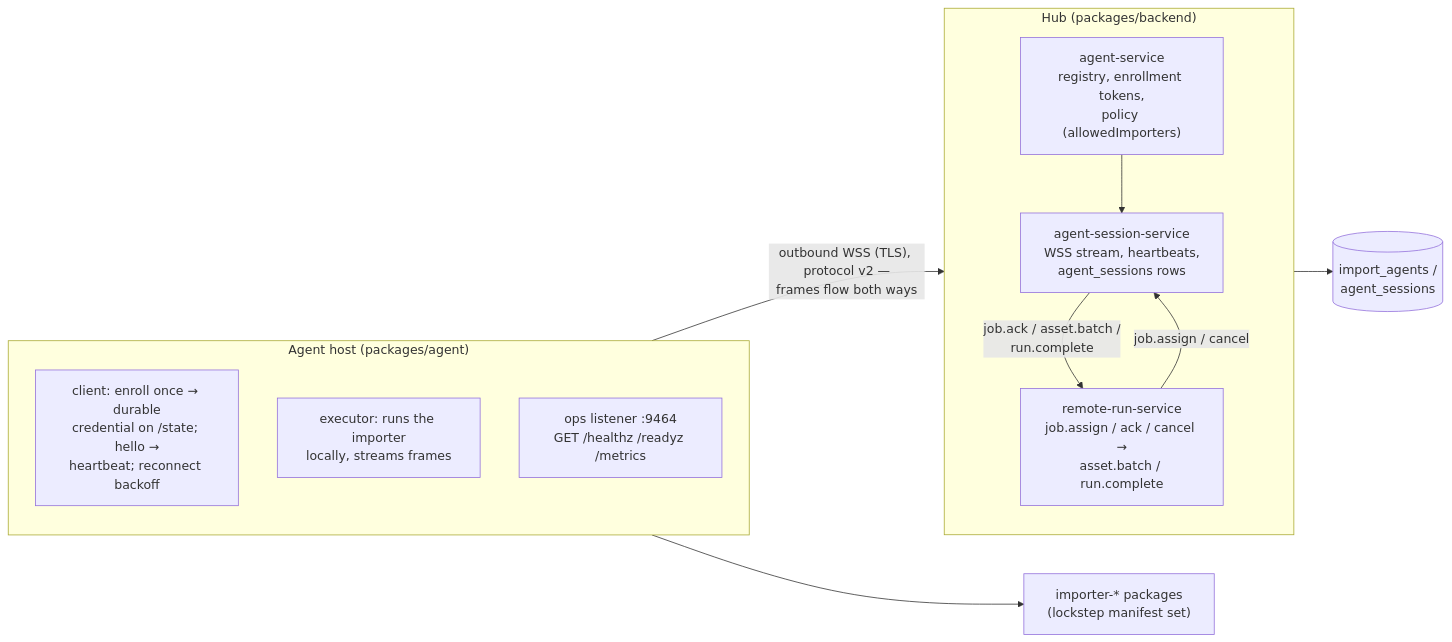
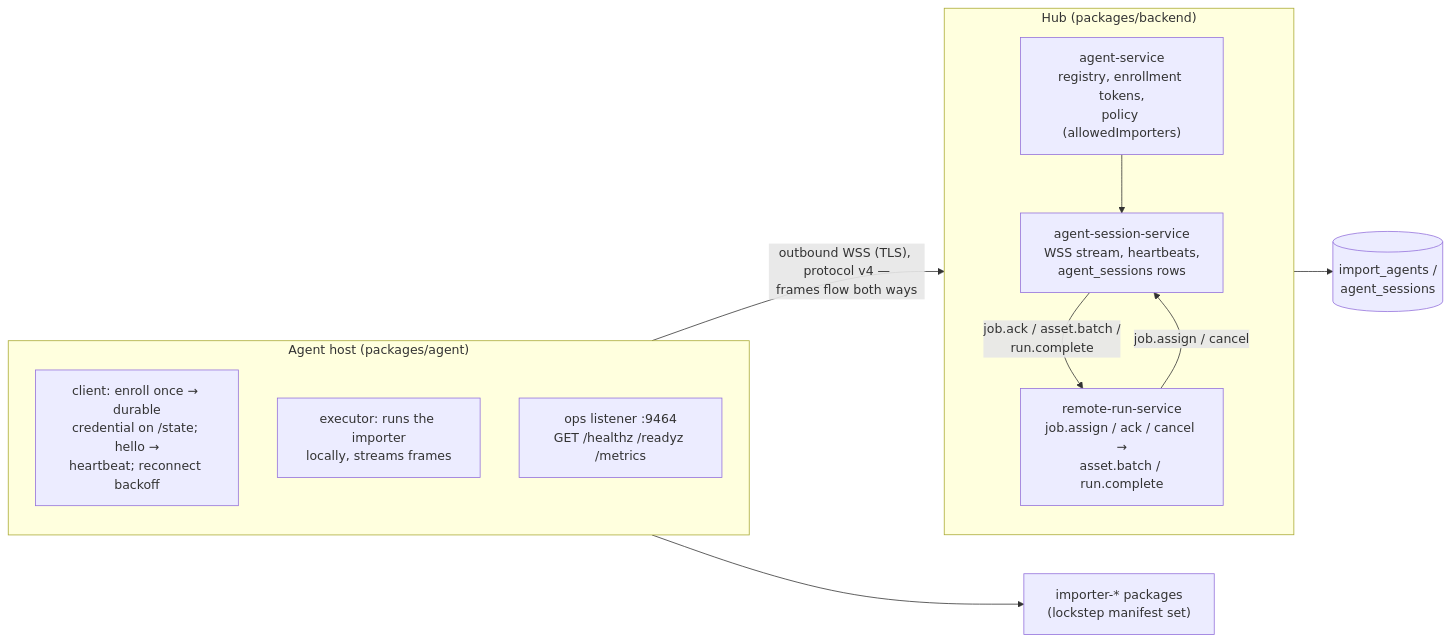
One commit to Componode/componode changed the fifth of 8 diagrams in docs/architecture.md. Above: the diagram before and after it, drawn with Mermaid. The commit also changed other lines of this file and 86 other files, not shown here.

````diff
--- a/docs/architecture.md
+++ b/docs/architecture.md
@@ -236,23 +236,23 @@
 ```mermaid
 flowchart LR
     subgraph Hub["Hub (packages/backend)"]
         direction TB
         AS["agent-service<br/>registry, enrollment tokens,<br/>policy (allowedImporters)"]
         SS["agent-session-service<br/>WSS stream, heartbeats,<br/>agent_sessions rows"]
         RR["remote-run-service<br/>job.assign / ack / cancel →<br/>asset.batch / run.complete"]
     end
 
     subgraph AgentHost["Agent host (packages/agent)"]
         direction TB
         CL["client: enroll once → durable<br/>credential on /state; hello →<br/>heartbeat; reconnect backoff"]
         EX["executor: runs the importer<br/>locally, streams frames"]
         OPS["ops listener :9464<br/>GET /healthz /readyz /metrics"]
     end
 
-    CL -->|"outbound WSS (TLS), protocol v2 —<br/>frames flow both ways"| SS
+    CL -->|"outbound WSS (TLS), protocol v4 —<br/>frames flow both ways"| SS
     AS --> SS
     RR -->|"job.assign / cancel"| SS
     SS -->|"job.ack / asset.batch /<br/>run.complete"| RR
     EX --> AGI["importer-* packages<br/>(lockstep manifest set)"]
     SS --> AGTBL[("import_agents /<br/>agent_sessions")]
 ```
````
